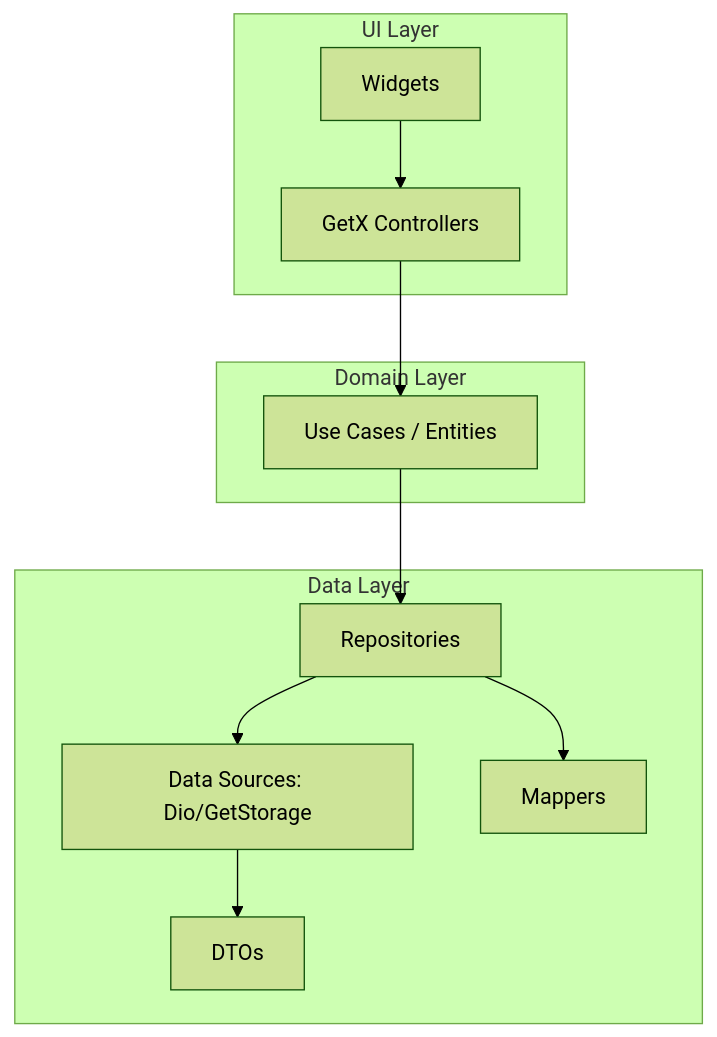
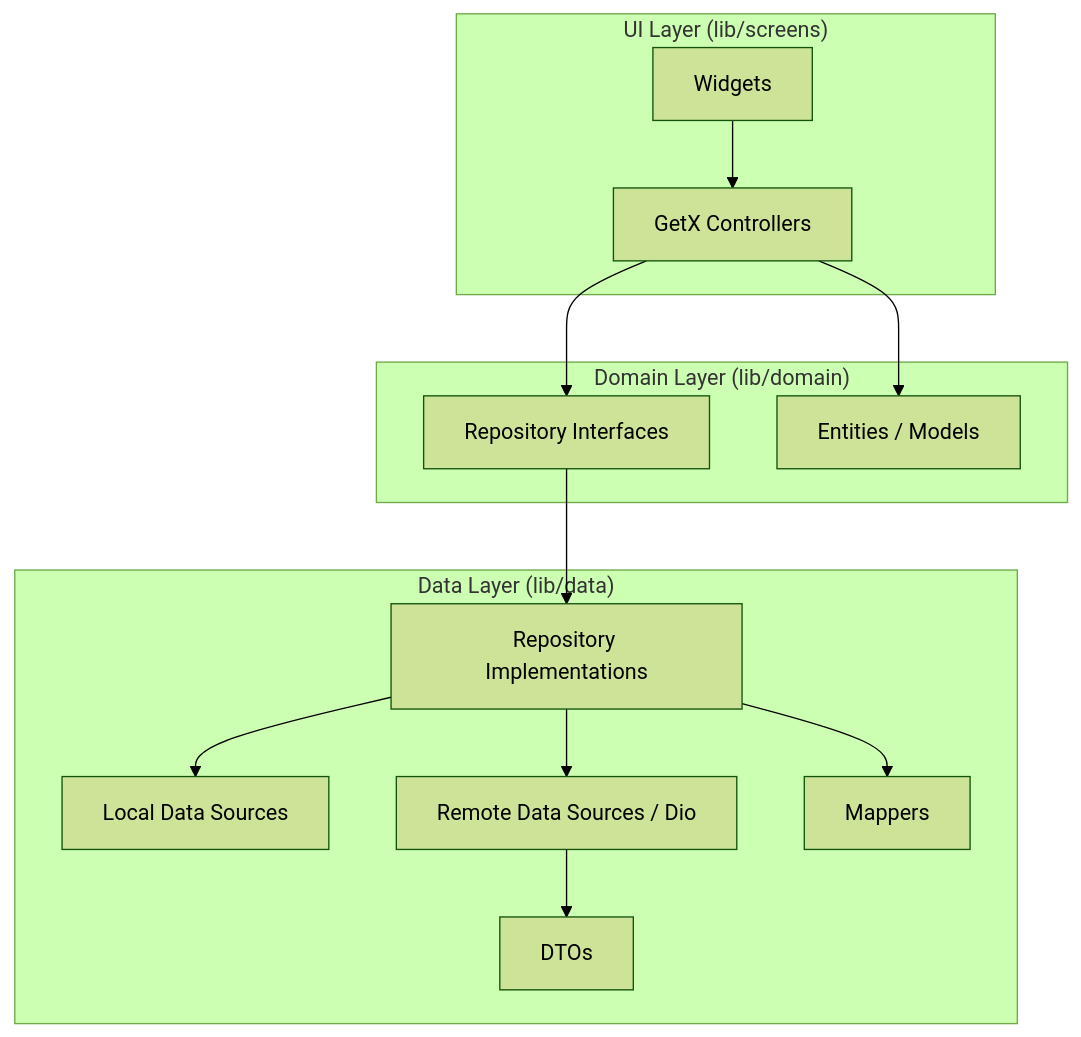
The diagram in ROADMAP.md (tkmdevelopers/auto.tm-main), drawn with Mermaid (forest theme) before and after one commit. The commit also changed other lines of this file and 207 other files, not shown here.

````diff
--- a/ROADMAP.md
+++ b/ROADMAP.md
@@ -44,17 +49,19 @@
 ```mermaid
 graph TD
-    subgraph "UI Layer"
+    subgraph "UI Layer (lib/screens)"
         W[Widgets] --> C[GetX Controllers]
     end
     
-    subgraph "Domain Layer"
-        C --> UC[Use Cases / Entities]
+    subgraph "Domain Layer (lib/domain)"
+        C --> R_INT[Repository Interfaces]
+        C --> E[Entities / Models]
     end
     
-    subgraph "Data Layer"
-        UC --> R[Repositories]
-        R --> DS[Data Sources: Dio/GetStorage]
-        R --> M[Mappers]
-        DS --> DTO[DTOs]
+    subgraph "Data Layer (lib/data)"
+        R_INT --> R_IMPL[Repository Implementations]
+        R_IMPL --> LS[Local Data Sources]
+        R_IMPL --> RS[Remote Data Sources / Dio]
+        R_IMPL --> M[Mappers]
+        RS --> DTO[DTOs]
     end
 ```
````
